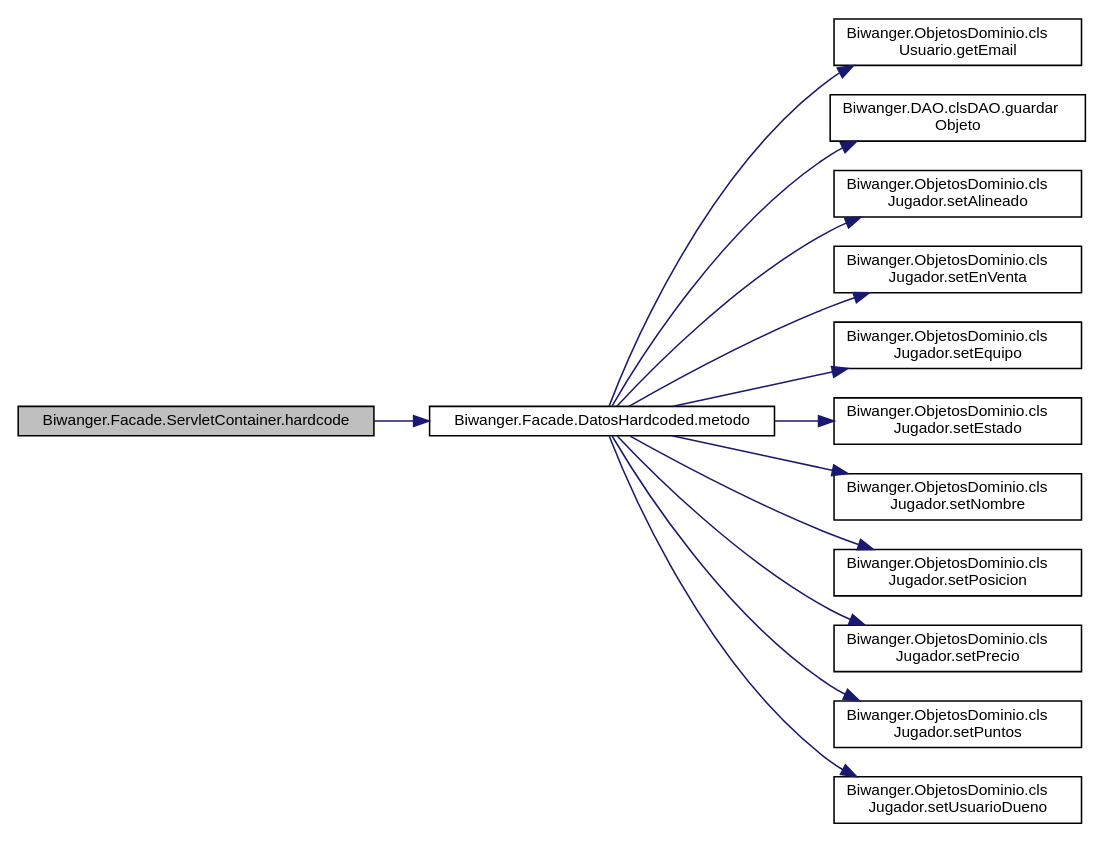
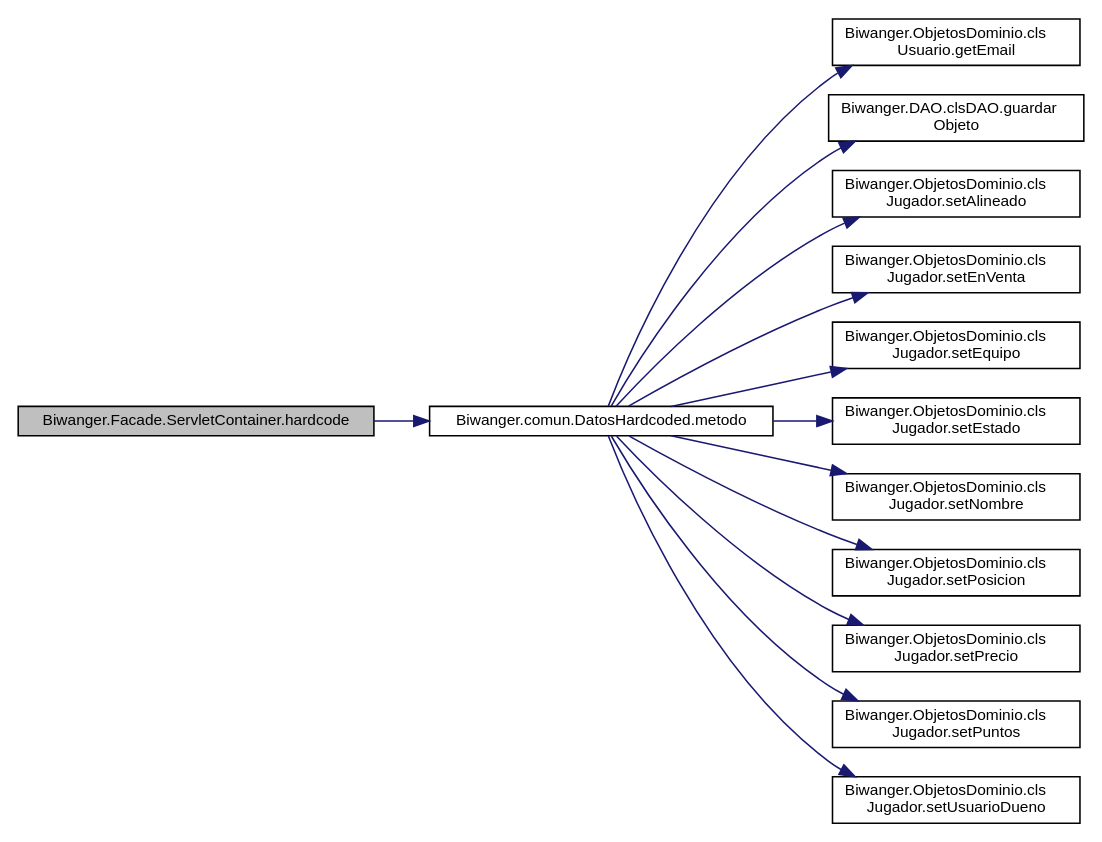
One commit to nagorecb/BiwangerServidor changed the diagram in docs/class_biwanger_1_1_facade_1_1_servlet_container_adda5f1e6f6fc484c30ae7fe9fbdc6318_cgraph.dot. Above: the diagram before and after it, drawn with Graphviz. The commit also changed 162 other files, not shown here.

```diff
--- a/docs/class_biwanger_1_1_facade_1_1_servlet_container_adda5f1e6f6fc484c30ae7fe9fbdc6318_cgraph.dot
+++ b/docs/class_biwanger_1_1_facade_1_1_servlet_container_adda5f1e6f6fc484c30ae7fe9fbdc6318_cgraph.dot
@@ -1,32 +1,32 @@
 digraph "Biwanger.Facade.ServletContainer.hardcode"
 {
  // LATEX_PDF_SIZE
   edge [fontname="Helvetica",fontsize="10",labelfontname="Helvetica",labelfontsize="10"];
   node [fontname="Helvetica",fontsize="10",shape=record];
   rankdir="LR";
   Node1 [label="Biwanger.Facade.ServletContainer.hardcode",height=0.2,width=0.4,color="black", fillcolor="grey75", style="filled", fontcolor="black",tooltip=" "];
   Node1 -> Node2 [color="midnightblue",fontsize="10",style="solid",fontname="Helvetica"];
-  Node2 [label="Biwanger.Facade.DatosHardcoded.metodo",height=0.2,width=0.4,color="black", fillcolor="white", style="filled",URL="$class_biwanger_1_1_facade_1_1_datos_hardcoded.html#a8c67e5269382e658ec8c6812930863c3",tooltip=" "];
+  Node2 [label="Biwanger.comun.DatosHardcoded.metodo",height=0.2,width=0.4,color="black", fillcolor="white", style="filled",URL="$class_biwanger_1_1_facade_1_1_datos_hardcoded.html#a8c67e5269382e658ec8c6812930863c3",tooltip=" "];
   Node2 -> Node3 [color="midnightblue",fontsize="10",style="solid",fontname="Helvetica"];
   Node3 [label="Biwanger.ObjetosDominio.cls\lUsuario.getEmail",height=0.2,width=0.4,color="black", fillcolor="white", style="filled",URL="$class_biwanger_1_1_objetos_dominio_1_1cls_usuario.html#a8137c479da09fd405d6986fb0dcad337",tooltip=" "];
   Node2 -> Node4 [color="midnightblue",fontsize="10",style="solid",fontname="Helvetica"];
   Node4 [label="Biwanger.DAO.clsDAO.guardar\lObjeto",height=0.2,width=0.4,color="black", fillcolor="white", style="filled",URL="$class_biwanger_1_1_d_a_o_1_1cls_d_a_o.html#ad5b516889068247c5e4f9ff890c295cc",tooltip=" "];
   Node2 -> Node5 [color="midnightblue",fontsize="10",style="solid",fontname="Helvetica"];
   Node5 [label="Biwanger.ObjetosDominio.cls\lJugador.setAlineado",height=0.2,width=0.4,color="black", fillcolor="white", style="filled",URL="$class_biwanger_1_1_objetos_dominio_1_1cls_jugador.html#a265a850f64bbda83665969cf4846303f",tooltip=" "];
   Node2 -> Node6 [color="midnightblue",fontsize="10",style="solid",fontname="Helvetica"];
   Node6 [label="Biwanger.ObjetosDominio.cls\lJugador.setEnVenta",height=0.2,width=0.4,color="black", fillcolor="white", style="filled",URL="$class_biwanger_1_1_objetos_dominio_1_1cls_jugador.html#ae668c0abb6694277ae8a1c848dff6b8c",tooltip=" "];
   Node2 -> Node7 [color="midnightblue",fontsize="10",style="solid",fontname="Helvetica"];
   Node7 [label="Biwanger.ObjetosDominio.cls\lJugador.setEquipo",height=0.2,width=0.4,color="black", fillcolor="white", style="filled",URL="$class_biwanger_1_1_objetos_dominio_1_1cls_jugador.html#a471cca2bb0ada262390ae1bab70c5f40",tooltip=" "];
   Node2 -> Node8 [color="midnightblue",fontsize="10",style="solid",fontname="Helvetica"];
   Node8 [label="Biwanger.ObjetosDominio.cls\lJugador.setEstado",height=0.2,width=0.4,color="black", fillcolor="white", style="filled",URL="$class_biwanger_1_1_objetos_dominio_1_1cls_jugador.html#a238079c4495087a9dff9ed3cb4e2e811",tooltip=" "];
   Node2 -> Node9 [color="midnightblue",fontsize="10",style="solid",fontname="Helvetica"];
   Node9 [label="Biwanger.ObjetosDominio.cls\lJugador.setNombre",height=0.2,width=0.4,color="black", fillcolor="white", style="filled",URL="$class_biwanger_1_1_objetos_dominio_1_1cls_jugador.html#a60572c13d0b05943d8ed574e7d67dda7",tooltip=" "];
   Node2 -> Node10 [color="midnightblue",fontsize="10",style="solid",fontname="Helvetica"];
   Node10 [label="Biwanger.ObjetosDominio.cls\lJugador.setPosicion",height=0.2,width=0.4,color="black", fillcolor="white", style="filled",URL="$class_biwanger_1_1_objetos_dominio_1_1cls_jugador.html#a5fb2ef2b2c081abf6739a413073a79f2",tooltip=" "];
   Node2 -> Node11 [color="midnightblue",fontsize="10",style="solid",fontname="Helvetica"];
   Node11 [label="Biwanger.ObjetosDominio.cls\lJugador.setPrecio",height=0.2,width=0.4,color="black", fillcolor="white", style="filled",URL="$class_biwanger_1_1_objetos_dominio_1_1cls_jugador.html#a7b053281484420836da2f071a5cd90e3",tooltip=" "];
   Node2 -> Node12 [color="midnightblue",fontsize="10",style="solid",fontname="Helvetica"];
   Node12 [label="Biwanger.ObjetosDominio.cls\lJugador.setPuntos",height=0.2,width=0.4,color="black", fillcolor="white", style="filled",URL="$class_biwanger_1_1_objetos_dominio_1_1cls_jugador.html#a28cf9c9f2fb7dc608cb0524ac2afd77e",tooltip=" "];
   Node2 -> Node13 [color="midnightblue",fontsize="10",style="solid",fontname="Helvetica"];
   Node13 [label="Biwanger.ObjetosDominio.cls\lJugador.setUsuarioDueno",height=0.2,width=0.4,color="black", fillcolor="white", style="filled",URL="$class_biwanger_1_1_objetos_dominio_1_1cls_jugador.html#a40acc7386d0c01c8cc6541cc6e330928",tooltip=" "];
 }
```
